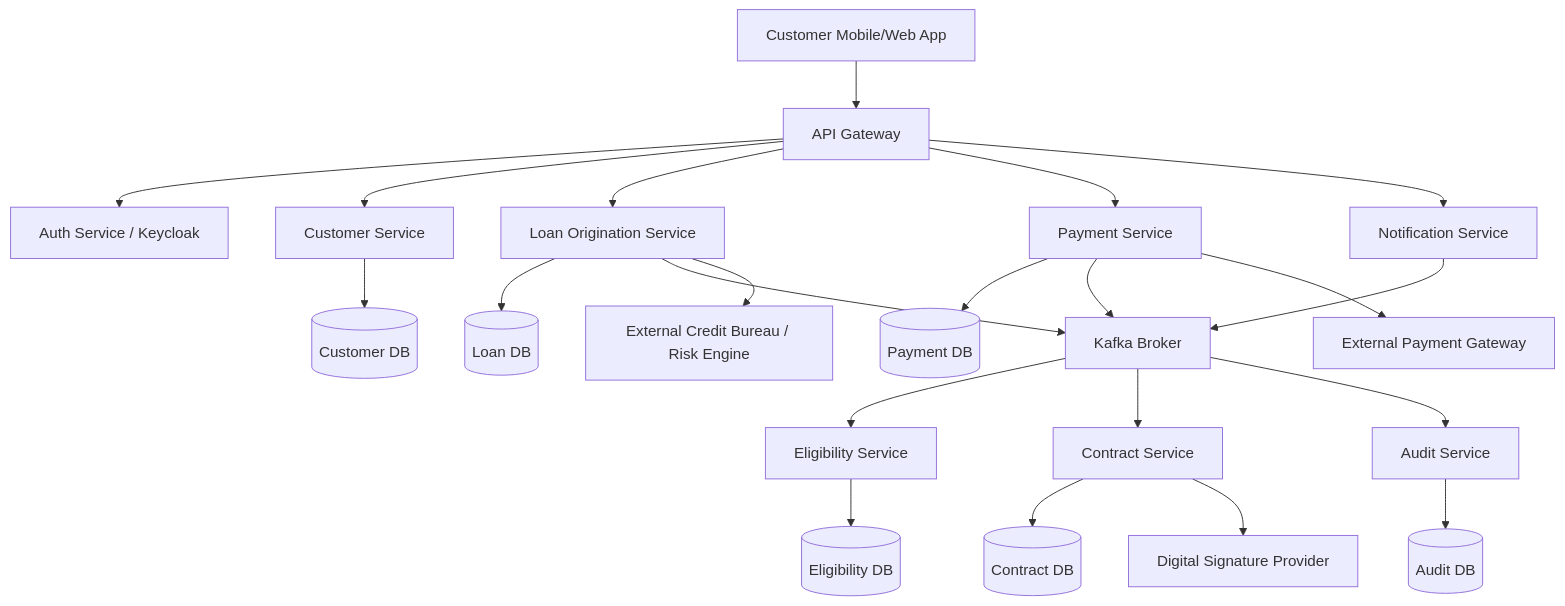
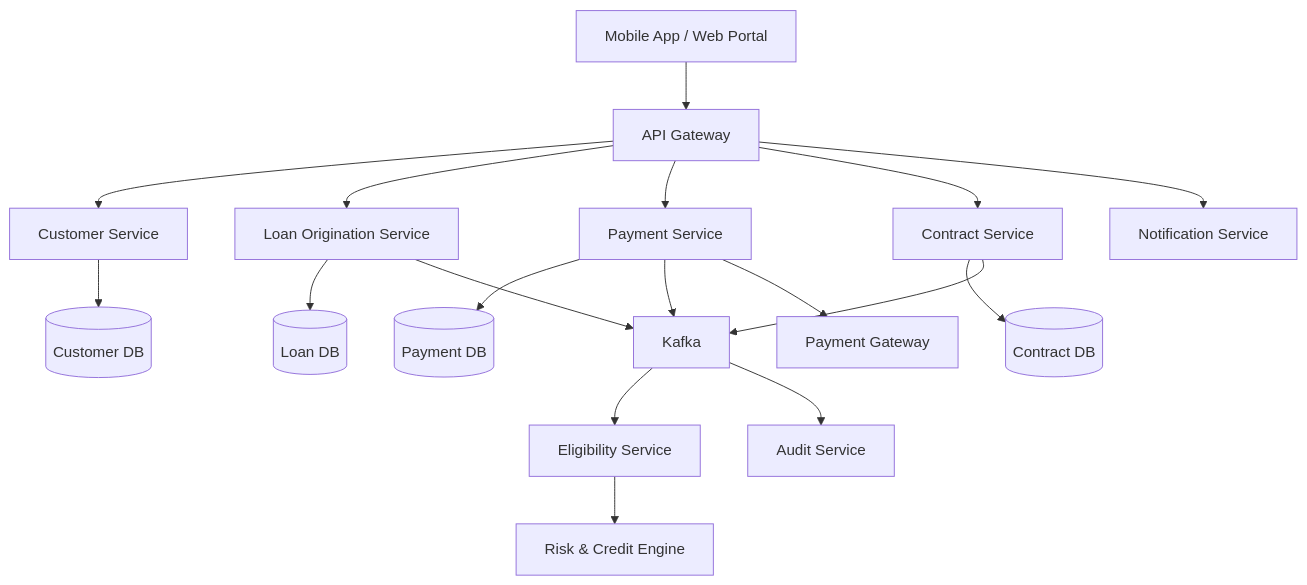
The first of 3 diagrams in README.md (mohammadadil-dev/fintech-microservices-architecture), drawn with Mermaid before and after one commit. The commit also changed other lines of this file, not shown here.

````diff
--- a/README.md
+++ b/README.md
@@ -23,30 +24,28 @@
 ```mermaid
 flowchart TD
-    A[Customer Mobile/Web App] --> B[API Gateway]
 
-    B --> C[Auth Service / Keycloak]
-    B --> D[Customer Service]
-    B --> E[Loan Origination Service]
-    B --> F[Payment Service]
+    A[Mobile App / Web Portal]
+
+    A --> B[API Gateway]
+
+    B --> C[Customer Service]
+    B --> D[Loan Origination Service]
+    B --> E[Payment Service]
+    B --> F[Contract Service]
     B --> G[Notification Service]
 
-    D --> DB1[(Customer DB)]
-    E --> DB2[(Loan DB)]
-    F --> DB3[(Payment DB)]
+    C --> DB1[(Customer DB)]
+    D --> DB2[(Loan DB)]
+    E --> DB3[(Payment DB)]
+    F --> DB4[(Contract DB)]
 
-    E --> K[Kafka Broker]
+    D --> K[Kafka]
+    E --> K
     F --> K
-    G --> K
 
     K --> H[Eligibility Service]
-    K --> I[Contract Service]
-    K --> J[Audit Service]
+    K --> I[Audit Service]
 
-    H --> DB4[(Eligibility DB)]
-    I --> DB5[(Contract DB)]
-    J --> DB6[(Audit DB)]
-
-    F --> X[External Payment Gateway]
-    E --> Y[External Credit Bureau / Risk Engine]
-    I --> Z[Digital Signature Provider]
+    E --> PG[Payment Gateway]
+    H --> RAC[Risk & Credit Engine]
 ```
````
